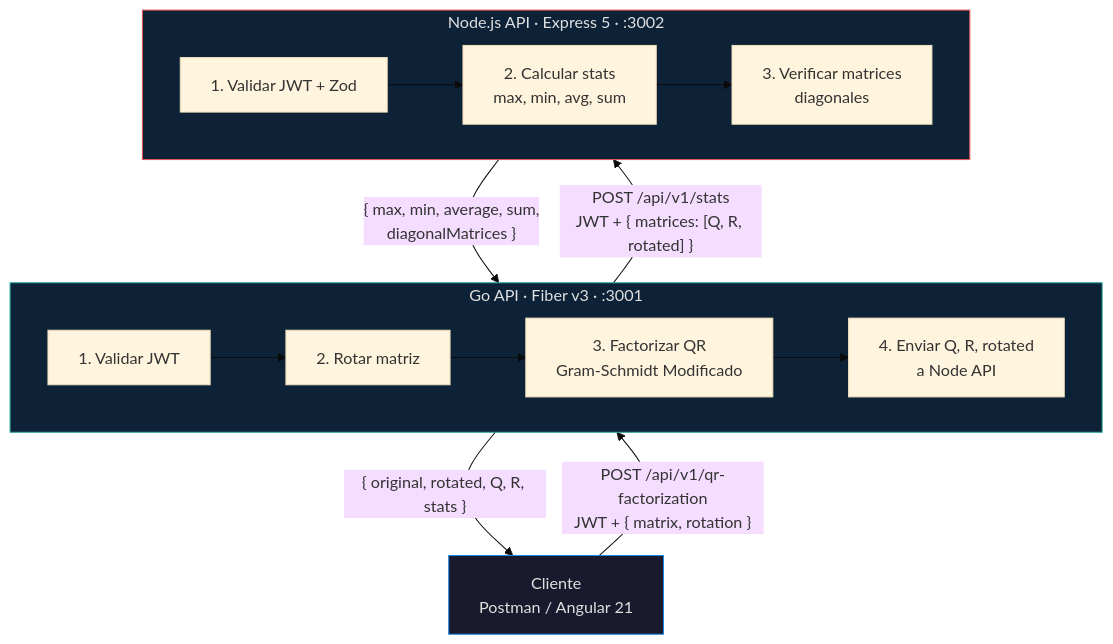
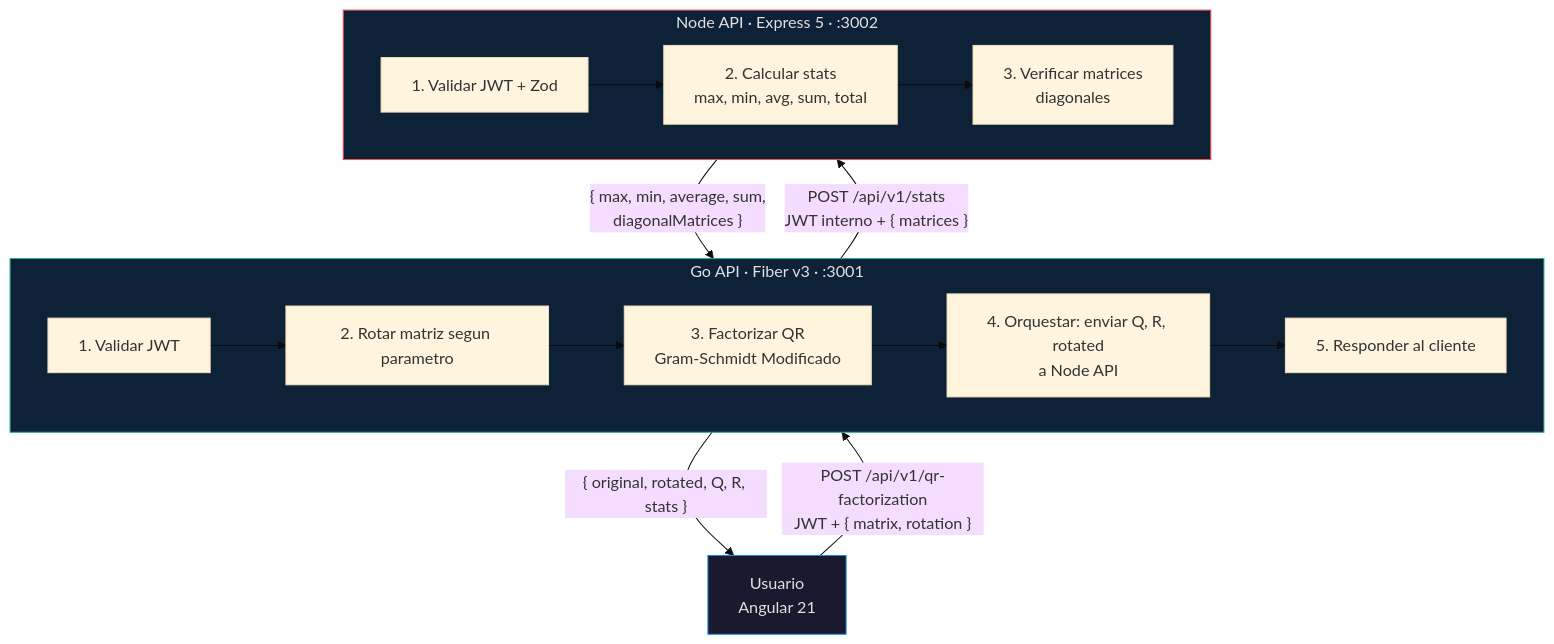
Before and after one commit to gacc94/coding-challenge: the first of 2 diagrams in README.md, drawn with Mermaid (base theme). The commit also changed other lines of this file and 1 other file, not shown here.

````diff
--- a/README.md
+++ b/README.md
@@ -14,30 +25,31 @@
 ```mermaid
 graph TD
-    Client["Cliente<br/>Postman / Angular 21"]
+    Client["Usuario<br/>Angular 21"]
 
     Client -->|"POST /api/v1/qr-factorization<br/>JWT + { matrix, rotation }"| GoAPI
 
     subgraph GoAPI["Go API · Fiber v3 · :3001"]
         G1["1. Validar JWT"]
-        G2["2. Rotar matriz"]
+        G2["2. Rotar matriz segun parametro"]
         G3["3. Factorizar QR<br/>Gram-Schmidt Modificado"]
-        G4["4. Enviar Q, R, rotated<br/>a Node API"]
-        G1 --> G2 --> G3 --> G4
+        G4["4. Orquestar: enviar Q, R, rotated<br/>a Node API"]
+        G5["5. Responder al cliente"]
+        G1 --> G2 --> G3 --> G4 --> G5
     end
 
-    GoAPI -->|"POST /api/v1/stats<br/>JWT + { matrices: [Q, R, rotated] }"| NodeAPI
+    GoAPI -->|"POST /api/v1/stats<br/>JWT interno + { matrices }"| NodeAPI
 
-    subgraph NodeAPI["Node.js API · Express 5 · :3002"]
+    subgraph NodeAPI["Node API · Express 5 · :3002"]
         N1["1. Validar JWT + Zod"]
-        N2["2. Calcular stats<br/>max, min, avg, sum"]
+        N2["2. Calcular stats<br/>max, min, avg, sum, total"]
         N3["3. Verificar matrices<br/>diagonales"]
         N1 --> N2 --> N3
     end
 
     NodeAPI -->|"{ max, min, average, sum,<br/>diagonalMatrices }"| GoAPI
     GoAPI -->|"{ original, rotated, Q, R, stats }"| Client
 
     style Client fill:#1a1a2e,stroke:#1e88e5,color:#e0e0e0
     style GoAPI fill:#0d2137,stroke:#26a69a,color:#e0e0e0
     style NodeAPI fill:#0d2137,stroke:#ef5350,color:#e0e0e0
 ```
````
